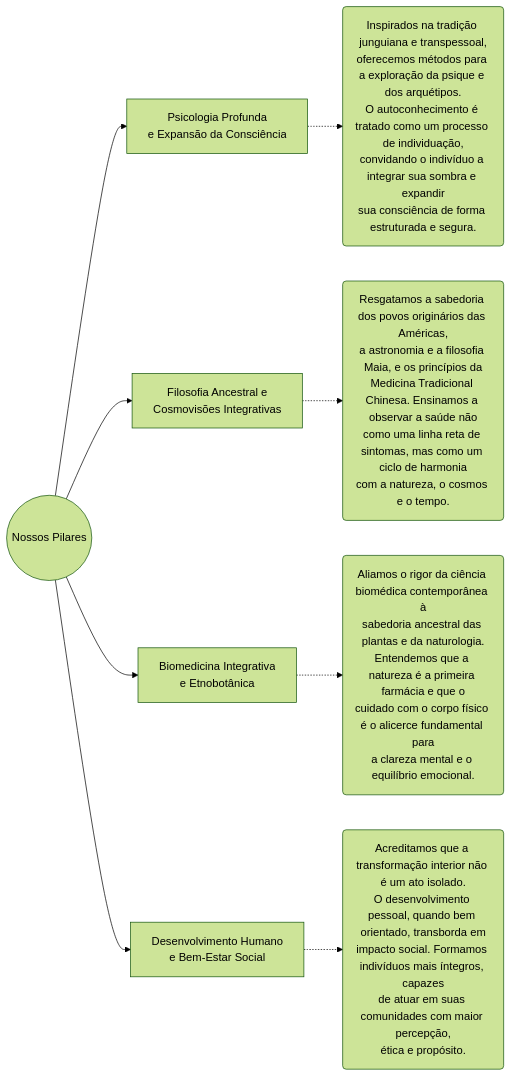
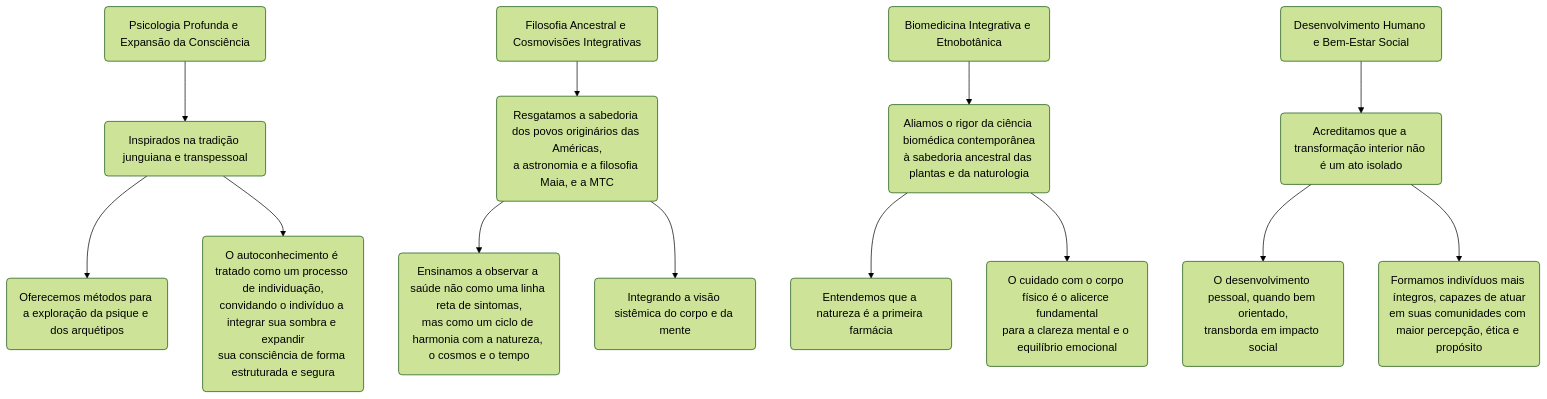
One commit to praticasdebemestarsocial/silvianesilverio changed the diagram in _pages/about.md. Above: the diagram before and after it, drawn with Mermaid (forest theme).

Commit message:
Muda mapa mental para o layout de balões interligados

````diff
--- a/_pages/about.md
+++ b/_pages/about.md
@@ -38,15 +38,22 @@
 ```mermaid
-graph LR
-    Root((Nossos Pilares)) --> P1[Psicologia Profunda<br/>e Expansão da Consciência]
-    Root --> P2[Filosofia Ancestral e<br/>Cosmovisões Integrativas]
-    Root --> P3[Biomedicina Integrativa<br/>e Etnobotânica]
-    Root --> P4[Desenvolvimento Humano<br/>e Bem-Estar Social]
+graph TD
+    %% Pilar 1
+    P1(Psicologia Profunda e Expansão da Consciência) --> P1_1(Inspirados na tradição junguiana e transpessoal)
+    P1_1 --> P1_2(Oferecemos métodos para a exploração da psique e dos arquétipos)
+    P1_1 --> P1_3(O autoconhecimento é tratado como um processo de individuação,<br/>convidando o indivíduo a integrar sua sombra e expandir<br/>sua consciência de forma estruturada e segura)
 
-    P1 -.-> D1(Inspirados na tradição junguiana e transpessoal,<br/>oferecemos métodos para a exploração da psique e dos arquétipos.<br/>O autoconhecimento é tratado como um processo de individuação,<br/>convidando o indivíduo a integrar sua sombra e expandir<br/>sua consciência de forma estruturada e segura.)
-    
-    P2 -.-> D2(Resgatamos a sabedoria dos povos originários das Américas,<br/>a astronomia e a filosofia Maia, e os princípios da<br/>Medicina Tradicional Chinesa. Ensinamos a observar a saúde não<br/>como uma linha reta de sintomas, mas como um ciclo de harmonia<br/>com a natureza, o cosmos e o tempo.)
-    
-    P3 -.-> D3(Aliamos o rigor da ciência biomédica contemporânea à<br/>sabedoria ancestral das plantas e da naturologia.<br/>Entendemos que a natureza é a primeira farmácia e que o<br/>cuidado com o corpo físico é o alicerce fundamental para<br/>a clareza mental e o equilíbrio emocional.)
-    
-    P4 -.-> D4(Acreditamos que a transformação interior não é um ato isolado.<br/>O desenvolvimento pessoal, quando bem orientado, transborda em<br/>impacto social. Formamos indivíduos mais íntegros, capazes<br/>de atuar em suas comunidades com maior percepção,<br/>ética e propósito.)
+    %% Pilar 2
+    P2(Filosofia Ancestral e Cosmovisões Integrativas) --> P2_1(Resgatamos a sabedoria dos povos originários das Américas,<br/>a astronomia e a filosofia Maia, e a MTC)
+    P2_1 --> P2_2(Ensinamos a observar a saúde não como uma linha reta de sintomas,<br/>mas como um ciclo de harmonia com a natureza, o cosmos e o tempo)
+    P2_1 --> P2_3(Integrando a visão sistêmica do corpo e da mente)
+
+    %% Pilar 3
+    P3(Biomedicina Integrativa e Etnobotânica) --> P3_1(Aliamos o rigor da ciência biomédica contemporânea<br/>à sabedoria ancestral das plantas e da naturologia)
+    P3_1 --> P3_2(Entendemos que a natureza é a primeira farmácia)
+    P3_1 --> P3_3(O cuidado com o corpo físico é o alicerce fundamental<br/>para a clareza mental e o equilíbrio emocional)
+
+    %% Pilar 4
+    P4(Desenvolvimento Humano e Bem-Estar Social) --> P4_1(Acreditamos que a transformação interior não é um ato isolado)
+    P4_1 --> P4_2(O desenvolvimento pessoal, quando bem orientado,<br/>transborda em impacto social)
+    P4_1 --> P4_3(Formamos indivíduos mais íntegros, capazes de atuar<br/>em suas comunidades com maior percepção, ética e propósito)
 ```
````
